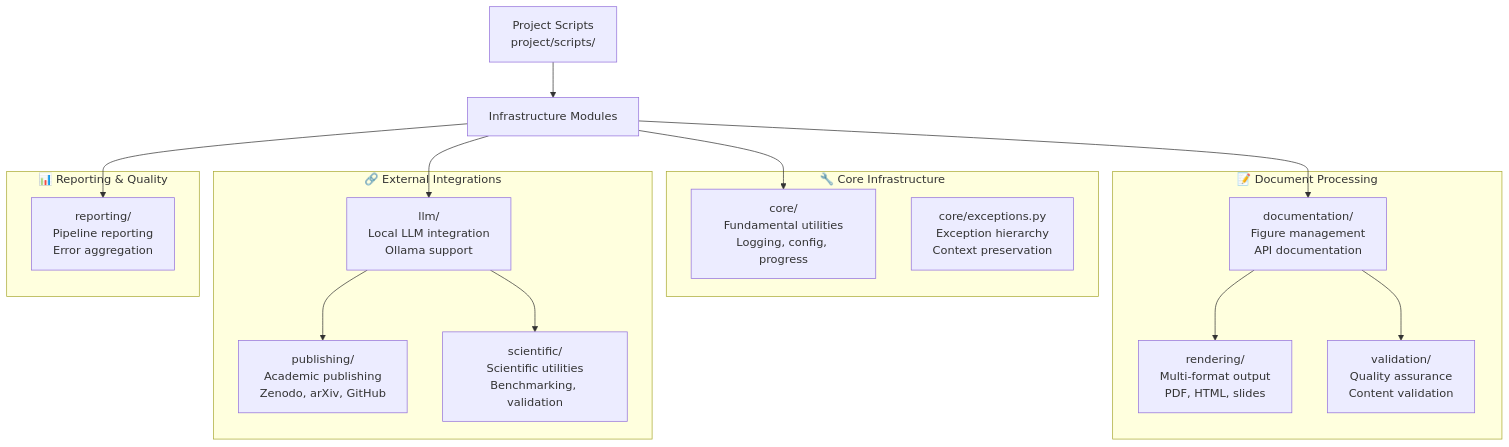
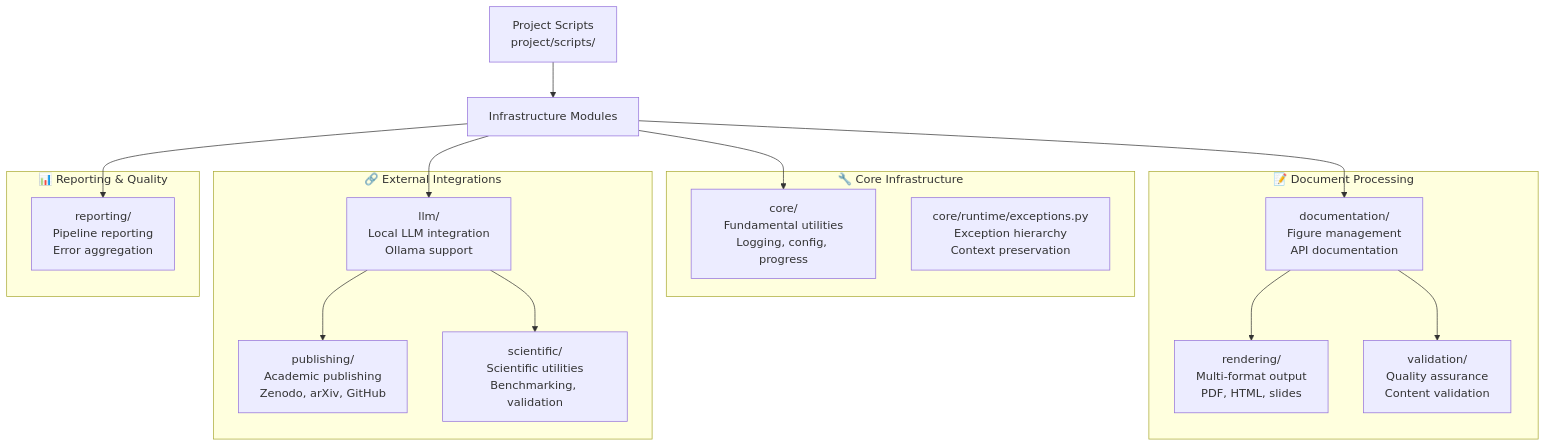
Before and after one commit to docxology/template: the first of 5 diagrams in infrastructure/README.md, drawn with Mermaid. The commit also changed other lines of this file and 322 other files, not shown here.

````diff
--- a/infrastructure/README.md
+++ b/infrastructure/README.md
@@ -11,43 +34,43 @@
 ```mermaid
 graph TD
     subgraph "🔧 Core Infrastructure"
         CORE[core/<br/>Fundamental utilities<br/>Logging, config, progress]
-        EXCEPTIONS[core/exceptions.py<br/>Exception hierarchy<br/>Context preservation]
+        EXCEPTIONS[core/runtime/exceptions.py<br/>Exception hierarchy<br/>Context preservation]
     end
 
     subgraph "📝 Document Processing"
         DOC[documentation/<br/>Figure management<br/>API documentation]
         RENDER[rendering/<br/>Multi-format output<br/>PDF, HTML, slides]
         VALIDATION[validation/<br/>Quality assurance<br/>Content validation]
     end
 
     subgraph "🔗 External Integrations"
         LLM[llm/<br/>Local LLM integration<br/>Ollama support]
         PUBLISHING[publishing/<br/>Academic publishing<br/>Zenodo, arXiv, GitHub]
         SCIENTIFIC[scientific/<br/>Scientific utilities<br/>Benchmarking, validation]
     end
 
     subgraph "📊 Reporting & Quality"
         REPORTING[reporting/<br/>Pipeline reporting<br/>Error aggregation]
     end
 
     PROJECT_SCRIPTS[Project Scripts<br/>project/scripts/]
     INFRASTRUCTURE[Infrastructure Modules]
 
     PROJECT_SCRIPTS --> INFRASTRUCTURE
     INFRASTRUCTURE --> CORE
     INFRASTRUCTURE --> DOC
     INFRASTRUCTURE --> LLM
     INFRASTRUCTURE --> REPORTING
 
     DOC --> RENDER
     DOC --> VALIDATION
 
     LLM --> PUBLISHING
     LLM --> SCIENTIFIC
 
     class CORE,EXCEPTIONS core
     class DOC,RENDER,VALIDATION doc
     class LLM,PUBLISHING,SCIENTIFIC integration
     class REPORTING build
 ```
````
